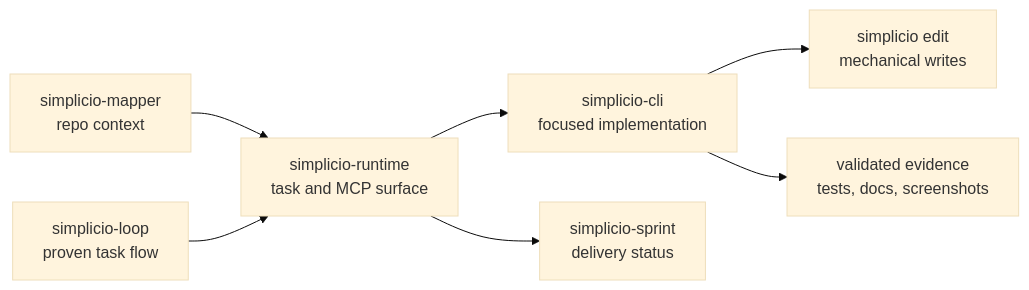
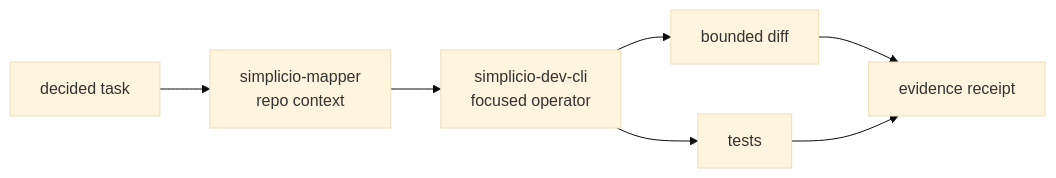
One commit to simpletibr/simplicio-loop changed the diagram in README.md. Above: the diagram before and after it, drawn with Mermaid (base theme). The commit also changed other lines of this file and 19 other files, not shown here.

Commit message:
docs: refresh dev-cli README visuals and translations

````diff
--- a/README.md
+++ b/README.md
@@ -69,16 +70,11 @@
 ```mermaid
 flowchart LR
-  mapper["simplicio-mapper
-repo context"] --> runtime["simplicio-runtime
-task and MCP surface"]
-  loop["simplicio-loop
-proven task flow"] --> runtime
-  runtime --> current["simplicio-cli
-focused implementation"]
-  current --> edit["simplicio edit
-mechanical writes"]
-  current --> evidence["validated evidence
-tests, docs, screenshots"]
-  runtime --> sprint["simplicio-sprint
-delivery status"]
+  task["decided task"] --> mapper["simplicio-mapper
+repo context"]
+  mapper --> operator["simplicio-dev-cli
+focused operator"]
+  operator --> diff["bounded diff"]
+  operator --> tests["tests"]
+  diff --> receipt["evidence receipt"]
+  tests --> receipt
 ```
````
